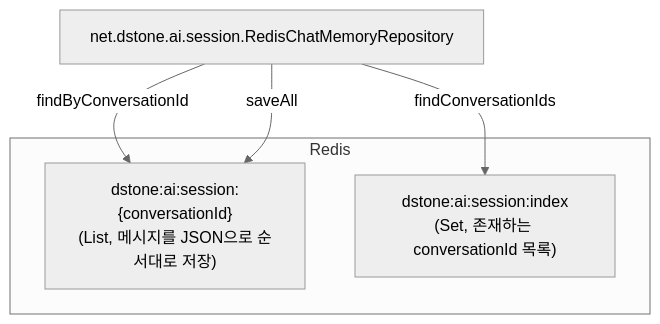
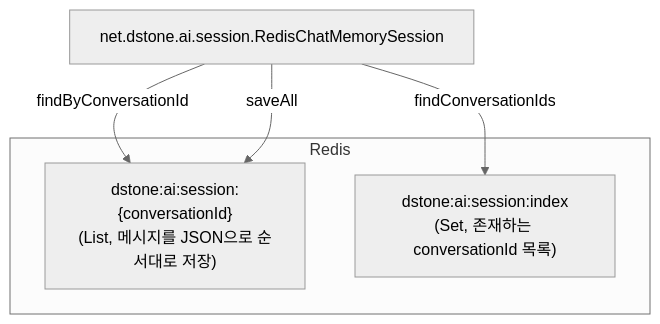
One commit to YongSoekChoeng/dstone changed the third of 16 diagrams in docs/09.dstone-ai-engine.md. Above: the diagram before and after it, drawn with Mermaid (neutral theme). The commit also changed other lines of this file and 11 other files, not shown here.

````diff
--- a/docs/09.dstone-ai-engine.md
+++ b/docs/09.dstone-ai-engine.md
@@ -197,10 +200,10 @@
 ```mermaid
 flowchart TB
     subgraph Redis["Redis"]
         L["dstone:ai:session:{conversationId}<br/>(List, 메시지를 JSON으로 순서대로 저장)"]
         S["dstone:ai:session:index<br/>(Set, 존재하는 conversationId 목록)"]
     end
-    App["net.dstone.ai.session.RedisChatMemoryRepository"] -->|findByConversationId| L
+    App["net.dstone.ai.session.RedisChatMemorySession"] -->|findByConversationId| L
     App -->|saveAll| L
     App -->|findConversationIds| S
 ```
````
